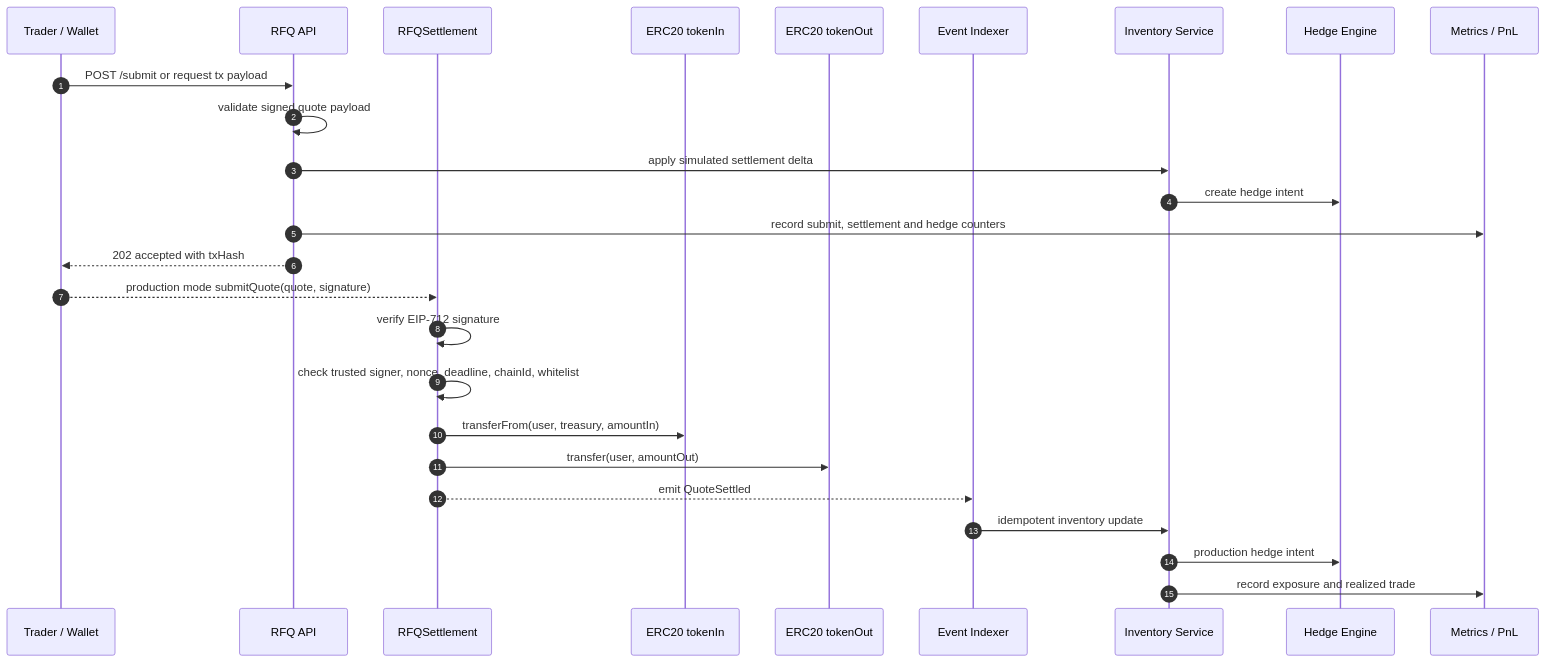
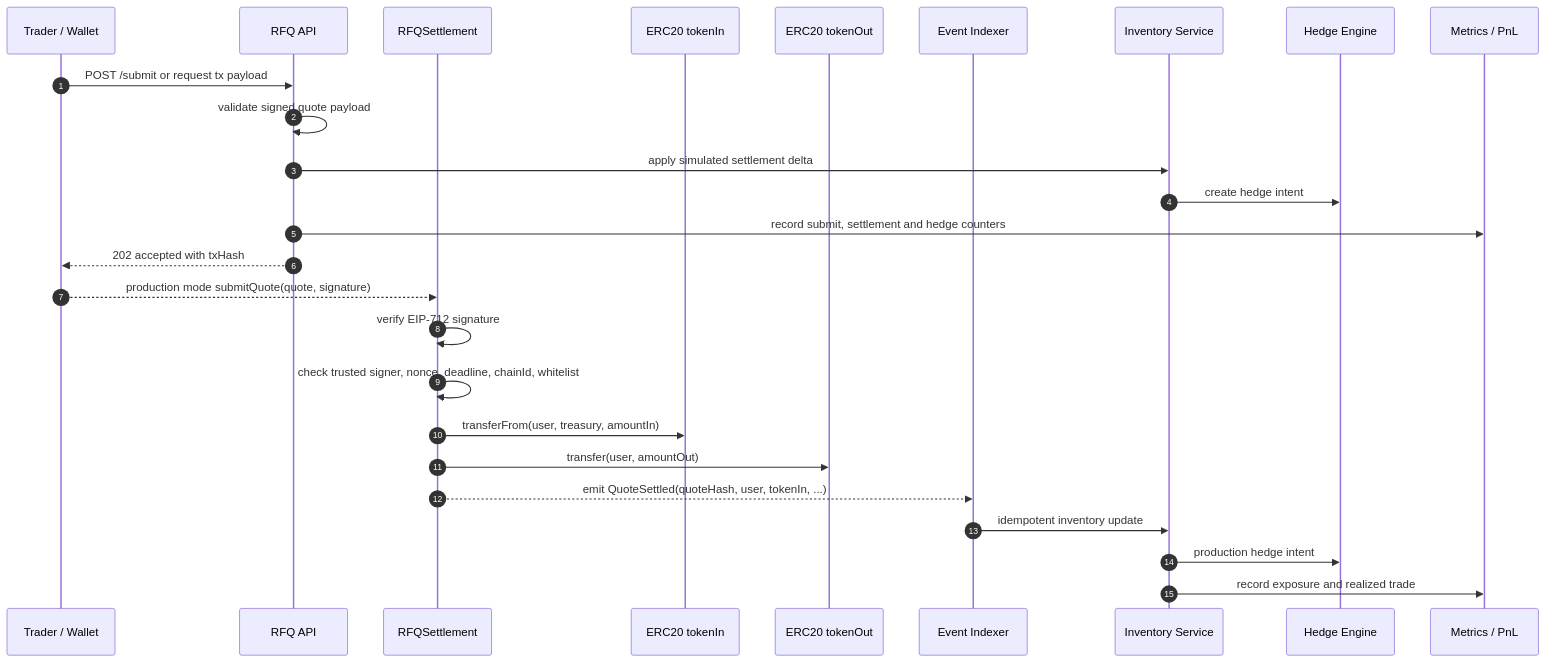
One commit to alvis-ai/production-grade-web3-rfq-market-maker changed the diagram in docs/diagrams/submit-sequence.md. Above: the diagram before and after it, drawn with Mermaid. The commit also changed other lines of this file and 11 other files, not shown here.

Commit message:
feat: expose settlement quote hash

````diff
--- a/docs/diagrams/submit-sequence.md
+++ b/docs/diagrams/submit-sequence.md
@@ -5,29 +5,29 @@
 ```mermaid
 sequenceDiagram
   autonumber
   participant User as Trader / Wallet
   participant API as RFQ API
   participant Chain as RFQSettlement
   participant TokenIn as ERC20 tokenIn
   participant TokenOut as ERC20 tokenOut
   participant Indexer as Event Indexer
   participant Inventory as Inventory Service
   participant Hedge as Hedge Engine
   participant Metrics as Metrics / PnL
 
   User->>API: POST /submit or request tx payload
   API->>API: validate signed quote payload
   API->>Inventory: apply simulated settlement delta
   Inventory->>Hedge: create hedge intent
   API->>Metrics: record submit, settlement and hedge counters
   API-->>User: 202 accepted with txHash
   User-->>Chain: production mode submitQuote(quote, signature)
   Chain->>Chain: verify EIP-712 signature
   Chain->>Chain: check trusted signer, nonce, deadline, chainId, whitelist
   Chain->>TokenIn: transferFrom(user, treasury, amountIn)
   Chain->>TokenOut: transfer(user, amountOut)
-  Chain-->>Indexer: emit QuoteSettled
+  Chain-->>Indexer: emit QuoteSettled(quoteHash, user, tokenIn, ...)
   Indexer->>Inventory: idempotent inventory update
   Inventory->>Hedge: production hedge intent
   Inventory->>Metrics: record exposure and realized trade
 ```
````
